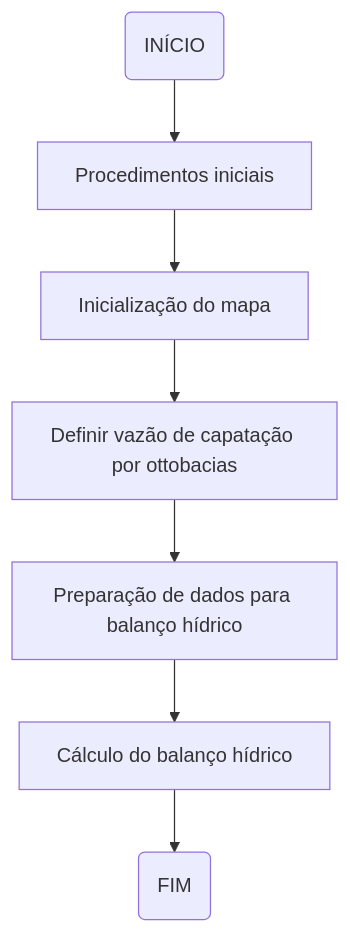
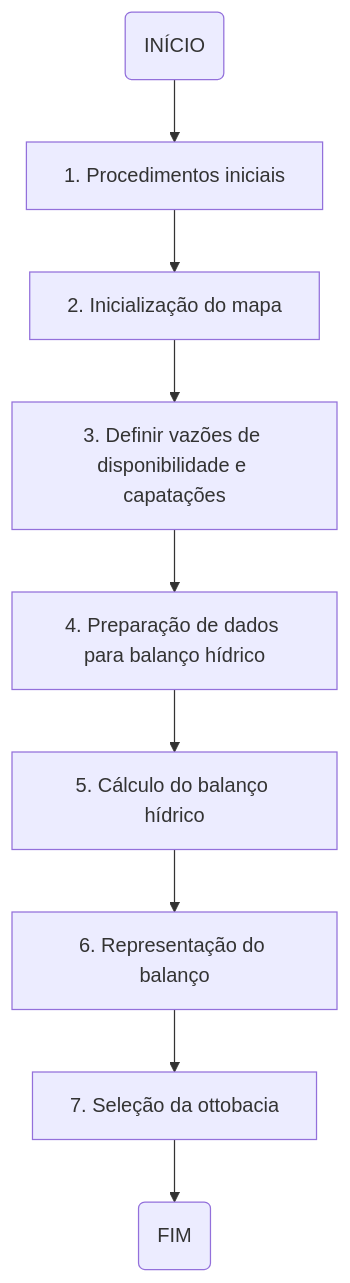
One commit to brunoguterres/ParaibaHidroGIS changed the first of 6 diagrams in pyqgis/documentacao.md. Above: the diagram before and after it, drawn with Mermaid. The commit also changed other lines of this file and 2 other files, not shown here.

````diff
--- a/pyqgis/documentacao.md
+++ b/pyqgis/documentacao.md
@@ -27,9 +32,11 @@
 ```mermaid
     flowchart TD
-    A(INÍCIO) --> B[Procedimentos iniciais];
-    B --> C[Inicialização do mapa];
-    C --> D[Definir vazão de capatação por ottobacias];
-    D --> E[Preparação de dados para balanço hídrico];
-    E --> F[Cálculo do balanço hídrico];
-    F --> G(FIM);    
+    A(INÍCIO) --> B[1. Procedimentos iniciais];
+    B --> C[2. Inicialização do mapa];
+    C --> D[3. Definir vazões de disponibilidade e capatações];
+    D --> E[4. Preparação de dados para balanço hídrico];
+    E --> F[5. Cálculo do balanço hídrico];
+    F --> G[6. Representação do balanço]; 
+    G --> H[7. Seleção da ottobacia];     
+    H --> I(FIM);    
 ```
````
